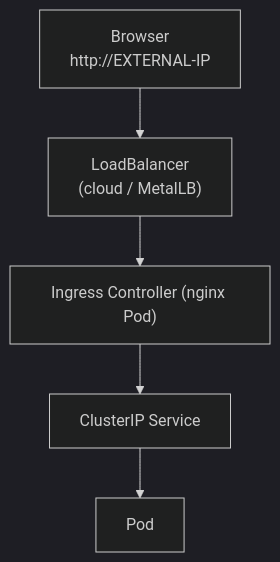
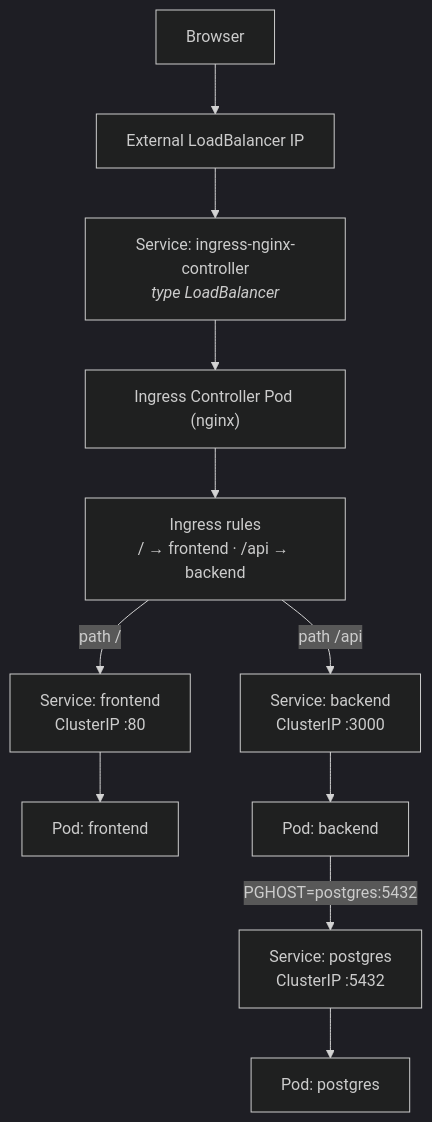
One commit to 24thAbhinav/K8s changed the third of 3 diagrams in basics/webapp-ingress/WITHOUT-LOADBALANCER.md. Above: the diagram before and after it, drawn with Mermaid (dark theme). The commit also changed other lines of this file and 1 other file, not shown here.

Commit message:
docs: correct and clarify Ingress networking in webapp-ingress docs

````diff
--- a/basics/webapp-ingress/WITHOUT-LOADBALANCER.md
+++ b/basics/webapp-ingress/WITHOUT-LOADBALANCER.md
@@ -79,9 +85,19 @@
 ```mermaid
 flowchart TD
-  A["Browser<br/>http://EXTERNAL-IP"]
-  LB["LoadBalancer<br/>(cloud / MetalLB)"]
-  IC["Ingress Controller (nginx Pod)"]
-  S["ClusterIP Service"]
-  P["Pod"]
-  A --> LB --> IC --> S --> P
+  A["Browser"]
+  E["External LoadBalancer IP"]
+  LBS["Service: ingress-nginx-controller<br/><i>type LoadBalancer</i>"]
+  IC["Ingress Controller Pod (nginx)"]
+  R["Ingress rules<br/>/ → frontend · /api → backend"]
+  FS["Service: frontend<br/>ClusterIP :80"]
+  BS["Service: backend<br/>ClusterIP :3000"]
+  FP["Pod: frontend"]
+  BP["Pod: backend"]
+  PS["Service: postgres<br/>ClusterIP :5432"]
+  PP["Pod: postgres"]
+
+  A --> E --> LBS --> IC --> R
+  R -->|"path /"| FS --> FP
+  R -->|"path /api"| BS --> BP
+  BP -->|"PGHOST=postgres:5432"| PS --> PP
 ```
````
